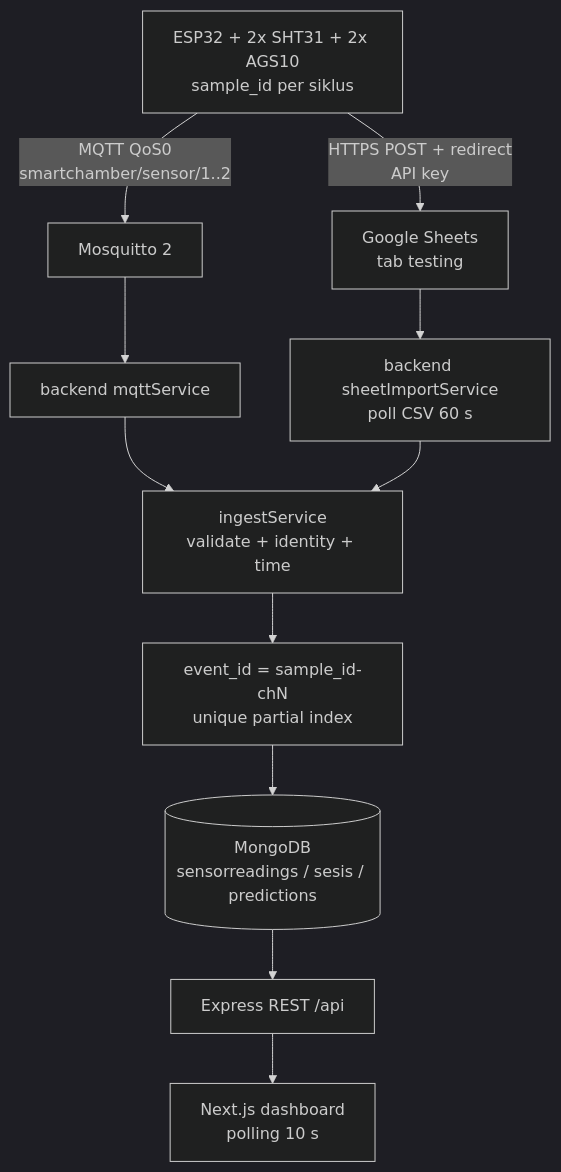
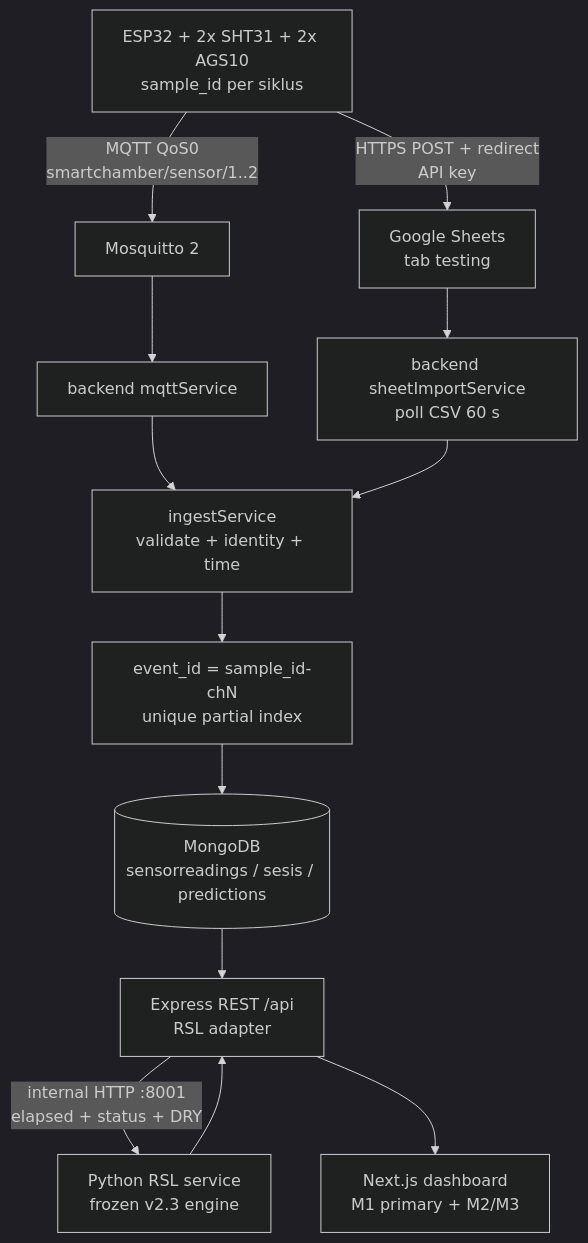
Before and after one commit to desidewantri/smart-tofu-chamber: the diagram in docs/architecture/README.md, drawn with Mermaid (dark theme). The commit also changed other lines of this file and 146 other files, not shown here.

First line of the commit message:
release: Phase 11C RSL web integration and MQTT compatibility

````diff
--- a/docs/architecture/README.md
+++ b/docs/architecture/README.md
@@ -9,17 +9,19 @@
 ```mermaid
 flowchart TD
     ESP["ESP32 + 2x SHT31 + 2x AGS10<br/>sample_id per siklus"]
     ESP -->|"MQTT QoS0<br/>smartchamber/sensor/1..2"| BROKER["Mosquitto 2"]
     ESP -->|"HTTPS POST + redirect<br/>API key"| SHEETS["Google Sheets<br/>tab testing"]
 
     BROKER --> MS["backend mqttService"]
     SHEETS --> SI["backend sheetImportService<br/>poll CSV 60 s"]
 
     MS --> ING["ingestService<br/>validate + identity + time"]
     SI --> ING
 
     ING --> ID["event_id = sample_id-chN<br/>unique partial index"]
     ID --> DB[("MongoDB<br/>sensorreadings / sesis / predictions")]
-    DB --> API["Express REST /api"]
-    API --> WEB["Next.js dashboard<br/>polling 10 s"]
+    DB --> API["Express REST /api<br/>RSL adapter"]
+    API -->|"internal HTTP :8001<br/>elapsed + status + DRY"| RSL["Python RSL service<br/>frozen v2.3 engine"]
+    RSL --> API
+    API --> WEB["Next.js dashboard<br/>M1 primary + M2/M3"]
 ```
````
